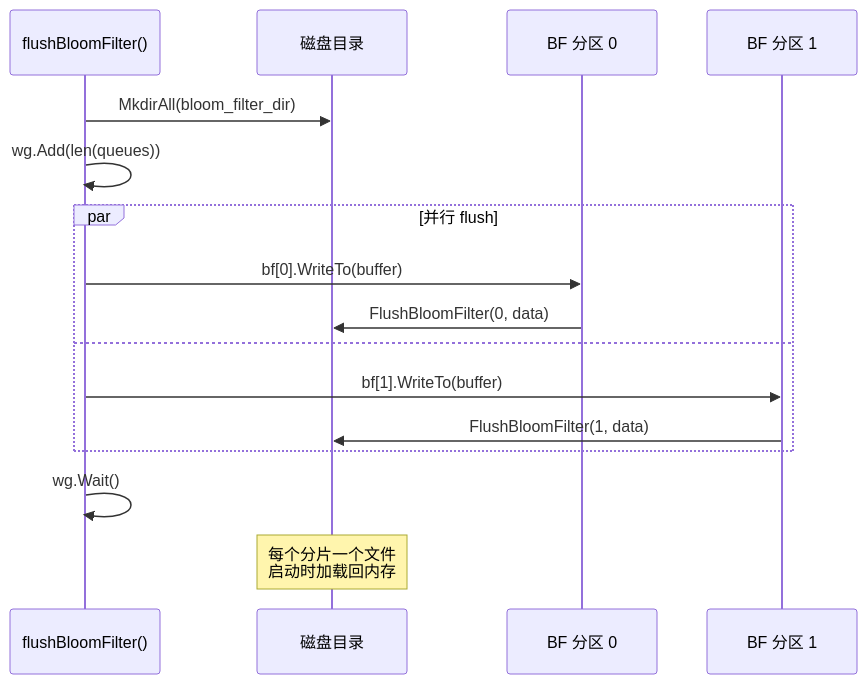
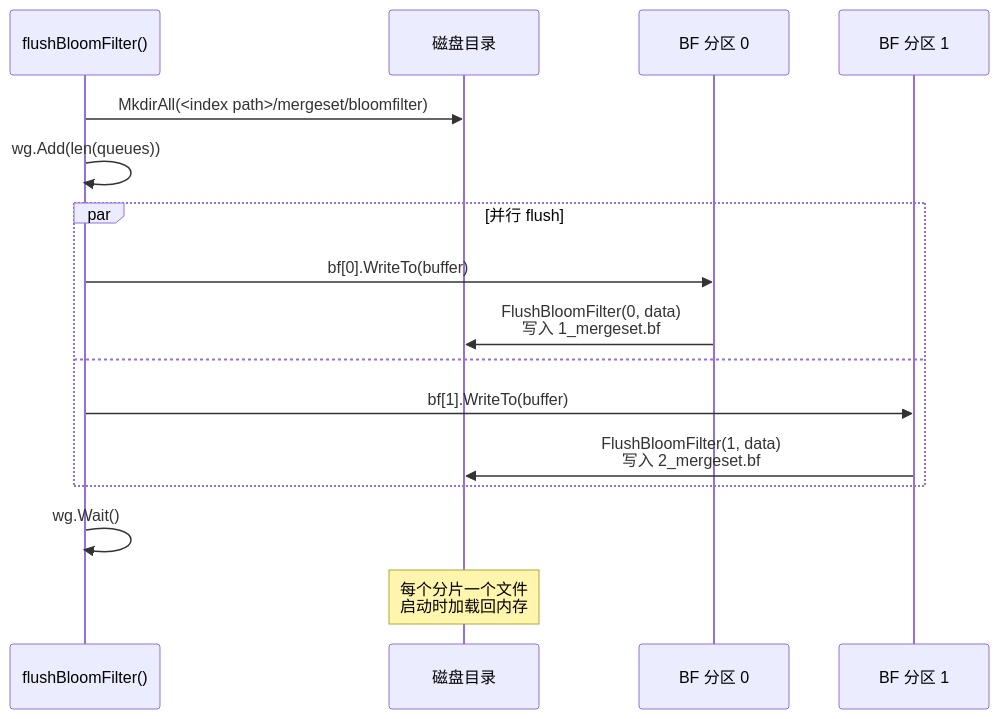
Diagram 15 of 47 in docs/specs/02_index_system_spec.md (stefanv5/openGemini), drawn with Mermaid before and after one commit. The commit also changed other lines of this file and 37 other files, not shown here.

````diff
--- a/docs/specs/02_index_system_spec.md
+++ b/docs/specs/02_index_system_spec.md
@@ -1369,21 +1391,21 @@
 ```mermaid
 sequenceDiagram
     participant Flush as flushBloomFilter()
     participant Dir as 磁盘目录
     participant BF0 as BF 分区 0
     participant BF1 as BF 分区 1
 
-    Flush->>Dir: MkdirAll(bloom_filter_dir)
+    Flush->>Dir: MkdirAll(<index path>/mergeset/bloomfilter)
     Flush->>Flush: wg.Add(len(queues))
 
     par 并行 flush
         Flush->>BF0: bf[0].WriteTo(buffer)
-        BF0->>Dir: FlushBloomFilter(0, data)
+        BF0->>Dir: FlushBloomFilter(0, data)<br/>写入 1_mergeset.bf
     and
         Flush->>BF1: bf[1].WriteTo(buffer)
-        BF1->>Dir: FlushBloomFilter(1, data)
+        BF1->>Dir: FlushBloomFilter(1, data)<br/>写入 2_mergeset.bf
     end
 
     Flush->>Flush: wg.Wait()
     Note over Dir: 每个分片一个文件<br/>启动时加载回内存
 ```
````
